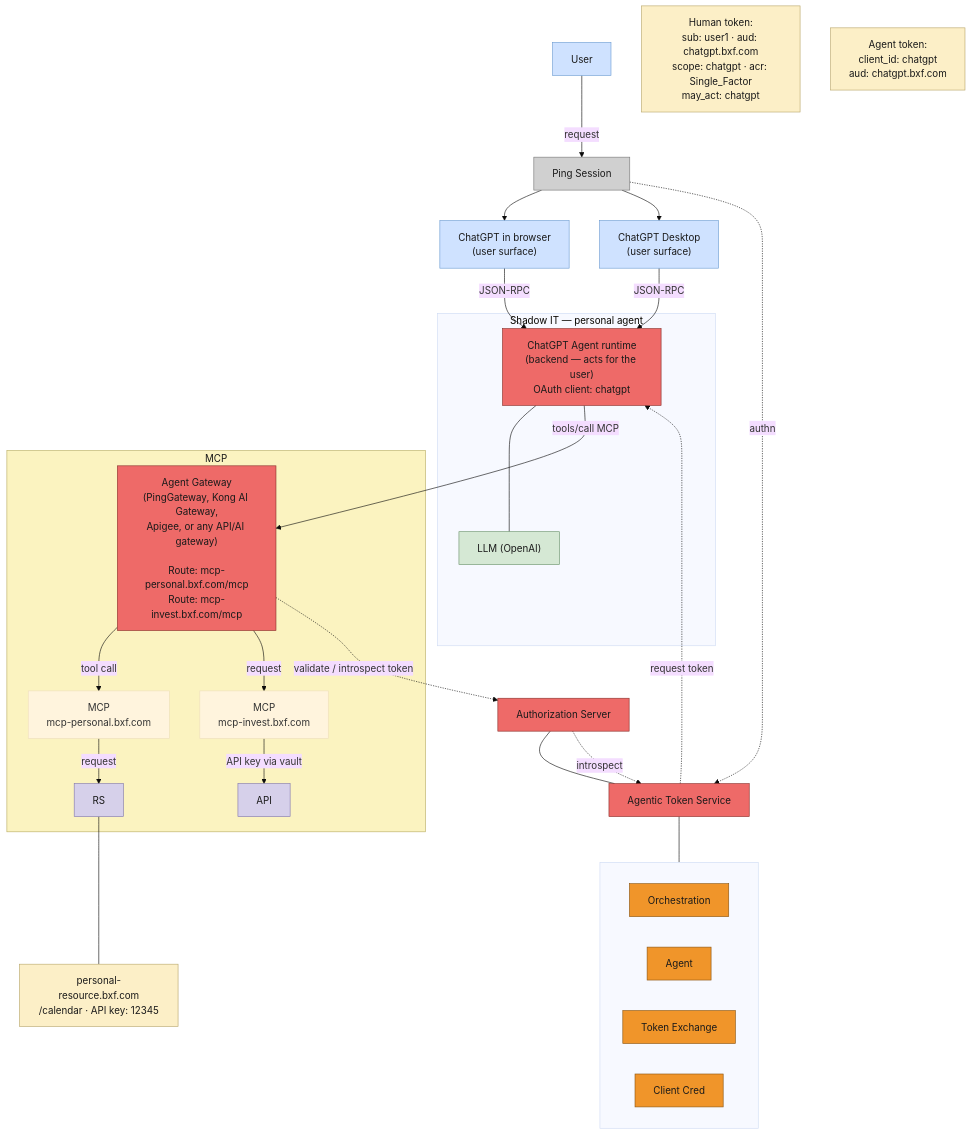
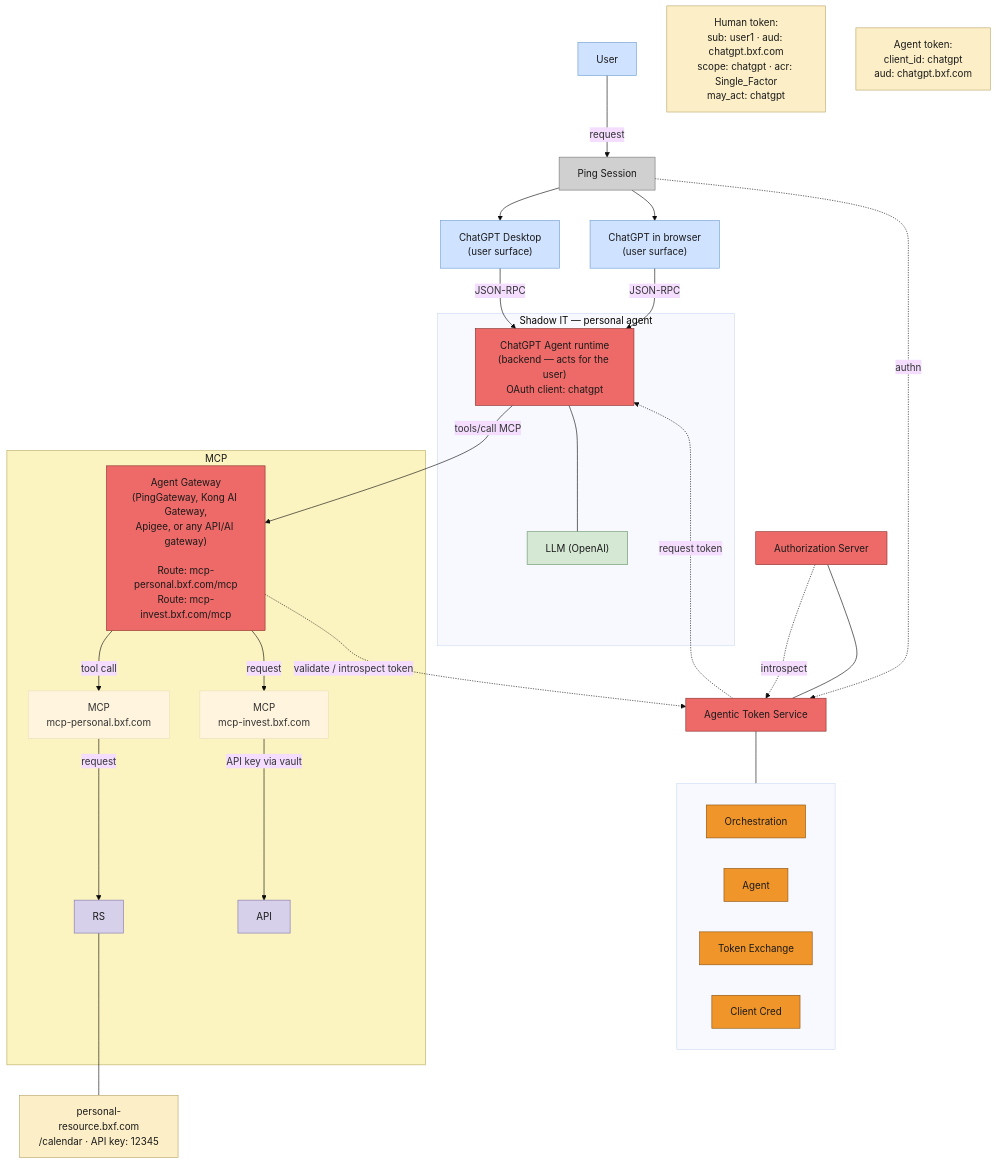
Before and after one commit to curtismu7/AI-DEMO2: the diagram in docs/diagrams/personal-agent-chatgpt.mmd, drawn with Mermaid (base theme). The commit also changed 1 other file, not shown here.

Commit message:
docs(diagrams): gateway validates tokens with Agentic Token Service, not AS

```diff
--- a/docs/diagrams/personal-agent-chatgpt.mmd
+++ b/docs/diagrams/personal-agent-chatgpt.mmd
@@ -1,76 +1,76 @@
 %% Personal agent version of "V2 Agent - GW/Authorize" (Lucid page)
 %% ChatGPT is the personal agent — browser + Desktop surfaces, one agent runtime
 flowchart TB
     USER["User"]
     PINGSESS["Ping Session"]
     CHATB["ChatGPT in browser<br/>(user surface)"]
     GPTD["ChatGPT Desktop<br/>(user surface)"]
 
     subgraph SHADOW["Shadow IT — personal agent"]
         AGENT1["ChatGPT Agent runtime<br/>(backend — acts for the user)<br/>OAuth client: chatgpt"]
         LLM["LLM (OpenAI)"]
     end
 
     ATS["Agentic Token Service"]
     subgraph ATSSUB[" "]
         direction LR
         ORCH["Orchestration"]
         AGT["Agent"]
         TXE["Token Exchange"]
         CCRED["Client Cred"]
     end
     AUTHZ["Authorization Server"]
 
     HTOK["Human token:<br/>sub: user1 · aud: chatgpt.bxf.com<br/>scope: chatgpt · acr: Single_Factor<br/>may_act: chatgpt"]
     AGTOK["Agent token:<br/>client_id: chatgpt<br/>aud: chatgpt.bxf.com"]
 
 
     subgraph MCPBOX["MCP"]
         GW["Agent Gateway<br/>(PingGateway, Kong AI Gateway,<br/>Apigee, or any API/AI gateway)<br/><br/>Route: mcp-personal.bxf.com/mcp<br/>Route: mcp-invest.bxf.com/mcp"]
         MCPOLB["MCP<br/>mcp-personal.bxf.com"]
         MCPINV["MCP<br/>mcp-invest.bxf.com"]
         RS["RS"]
         API["API"]
     end
     INVTOK["personal-resource.bxf.com<br/>/calendar · API key: 12345"]
 
 
     USER -->|request| PINGSESS
     PINGSESS --> CHATB
     PINGSESS --> GPTD
     CHATB -->|JSON-RPC| AGENT1
     GPTD -->|JSON-RPC| AGENT1
     AGENT1 --- LLM
     PINGSESS -.->|authn| ATS
     ATS --- ATSSUB
     AUTHZ --- ATS
     AUTHZ -.->|introspect| ATS
     ATS -.->|request token| AGENT1
     AGENT1 -->|tools/call MCP| GW
     GW -->|tool call| MCPOLB
     GW -->|request| MCPINV
-    GW -.->|validate / introspect token| AUTHZ
+    GW -.->|validate / introspect token| ATS
     MCPOLB -->|request| RS
     MCPINV -->|API key via vault| API
     RS --- INVTOK
 
     classDef red fill:#ee6a68,stroke:#8a2f2a,color:#1a1a1a
     classDef orange fill:#f0952a,stroke:#8a5410,color:#1a1a1a
     classDef cream fill:#fcefc7,stroke:#b8a66a,color:#1a1a1a
     classDef pink fill:#f272c8,stroke:#a12a76,color:#1a1a1a
     classDef yellow fill:#fbf3c0,stroke:#b8ac60,color:#1a1a1a
     classDef blue fill:#cfe2ff,stroke:#6b9bd2,color:#1a1a1a
     classDef green fill:#d5e8d4,stroke:#6a936a,color:#1a1a1a
     classDef dgreen fill:#5cb85c,stroke:#2d6a2d,color:#1a1a1a
     classDef purple fill:#d6d0ea,stroke:#8077ad,color:#1a1a1a
     classDef grey fill:#d0d0d0,stroke:#777777,color:#1a1a1a
 
     class ATS,AUTHZ,GW red
     class ORCH,AGT,TXE,CCRED orange
     class HTOK,AGTOK,INVTOK cream
     class MCPBOX yellow
     class USER,CHATB,GPTD blue
     class RS,API purple
     class AGENT1 red
     class LLM green
     class PINGSESS grey
```
